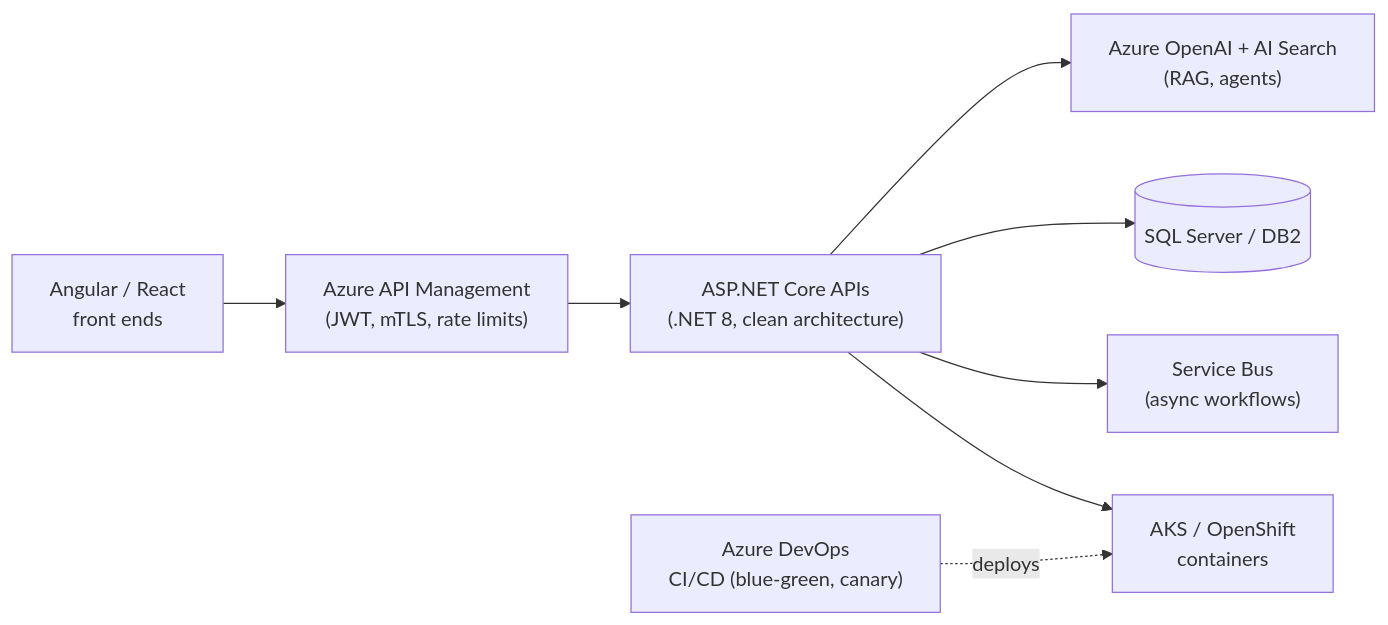
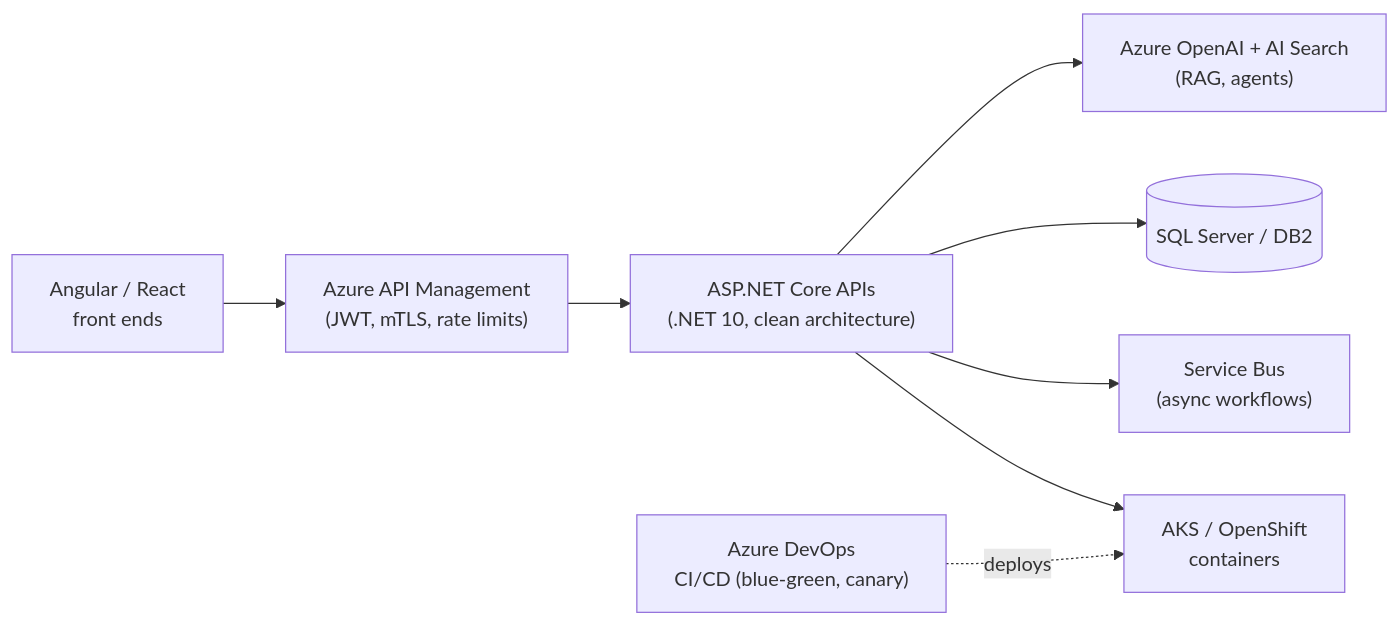
Before and after one commit to babuk123/dotnet-azure-genai-playbook: the diagram in README.md, drawn with Mermaid. The commit also changed other lines of this file and 24 other files, not shown here.

Commit message:
Add topics 19-26: .NET 10, EF Core, Functions, security, DDD/saga, Jenkins/Terraform, healthcare, GenAI PoCs

````diff
--- a/README.md
+++ b/README.md
@@ -7,10 +7,10 @@
 ```mermaid
 flowchart LR
     UI["Angular / React<br/>front ends"] --> APIM["Azure API Management<br/>(JWT, mTLS, rate limits)"]
-    APIM --> API["ASP.NET Core APIs<br/>(.NET 8, clean architecture)"]
+    APIM --> API["ASP.NET Core APIs<br/>(.NET 10, clean architecture)"]
     API --> AKS["AKS / OpenShift<br/>containers"]
     API --> SB["Service Bus<br/>(async workflows)"]
     API --> DB[("SQL Server / DB2")]
     API --> AI["Azure OpenAI + AI Search<br/>(RAG, agents)"]
     DEVOPS["Azure DevOps<br/>CI/CD (blue-green, canary)"] -.deploys.-> AKS
 ```
````
